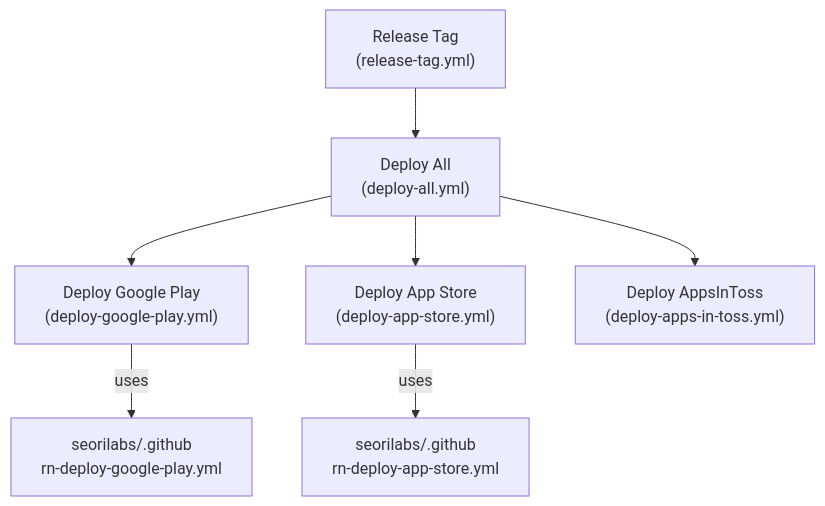
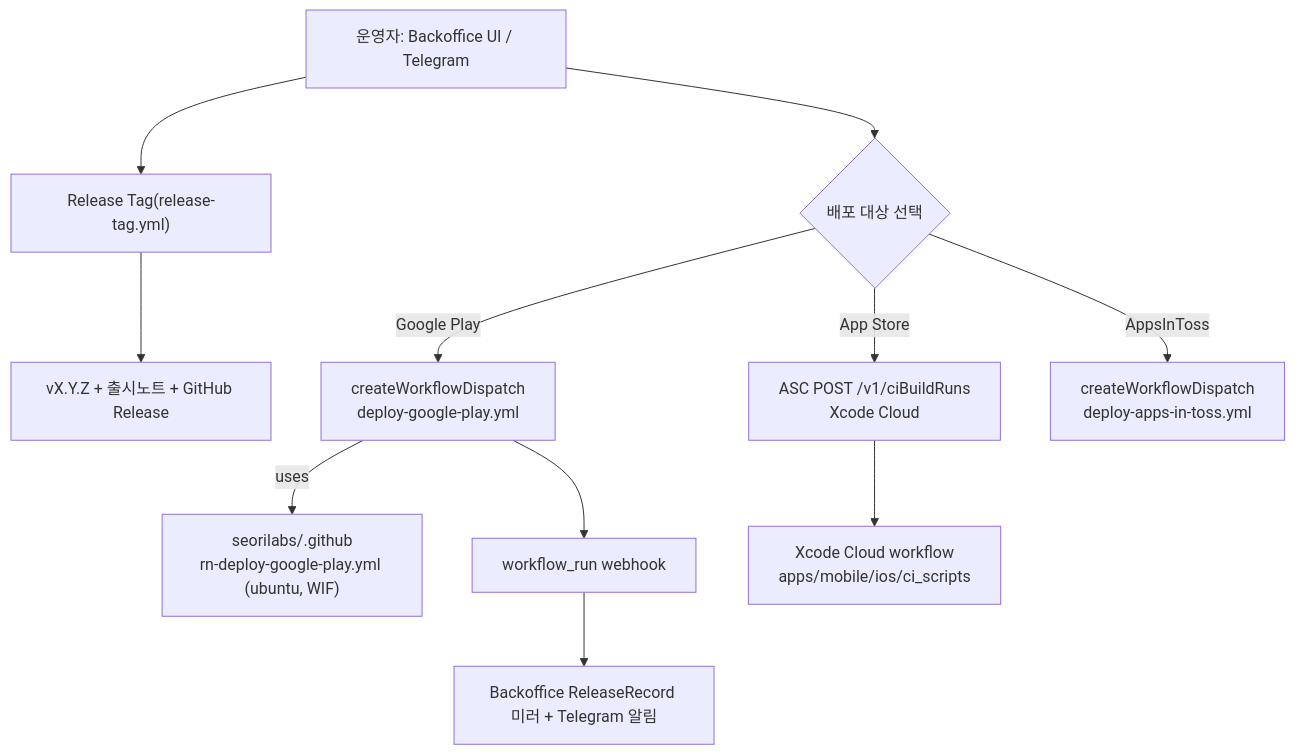
One commit to seorilabs/babycare changed the diagram in docs/06-release/store-upload-setup.md. Above: the diagram before and after it, drawn with Mermaid. The commit also changed other lines of this file and 8 other files, not shown here.

````diff
--- a/docs/06-release/store-upload-setup.md
+++ b/docs/06-release/store-upload-setup.md
@@ -7,9 +16,13 @@
 ```mermaid
 flowchart TD
-  RT["Release Tag<br/>(release-tag.yml)"] --> DA["Deploy All<br/>(deploy-all.yml)"]
-  DA --> GP["Deploy Google Play<br/>(deploy-google-play.yml)"]
-  DA --> AS["Deploy App Store<br/>(deploy-app-store.yml)"]
-  DA --> AIT["Deploy AppsInToss<br/>(deploy-apps-in-toss.yml)"]
-  GP -->|"uses"| ORGGP["seorilabs/.github<br/>rn-deploy-google-play.yml"]
-  AS -->|"uses"| ORGAS["seorilabs/.github<br/>rn-deploy-app-store.yml"]
+  U["운영자: Backoffice UI / Telegram"] --> RT["Release Tag(release-tag.yml)"]
+  RT --> TAG["vX.Y.Z + 출시노트 + GitHub Release"]
+  U --> SEL{"배포 대상 선택"}
+  SEL -->|"Google Play"| GP["createWorkflowDispatch<br/>deploy-google-play.yml"]
+  SEL -->|"App Store"| XC["ASC POST /v1/ciBuildRuns<br/>Xcode Cloud"]
+  SEL -->|"AppsInToss"| AIT["createWorkflowDispatch<br/>deploy-apps-in-toss.yml"]
+  GP -->|"uses"| ORGGP["seorilabs/.github<br/>rn-deploy-google-play.yml (ubuntu, WIF)"]
+  XC --> ACLOUD["Xcode Cloud workflow<br/>apps/mobile/ios/ci_scripts"]
+  GP --> WH["workflow_run webhook"]
+  WH --> MIR["Backoffice ReleaseRecord 미러 + Telegram 알림"]
 ```
````
